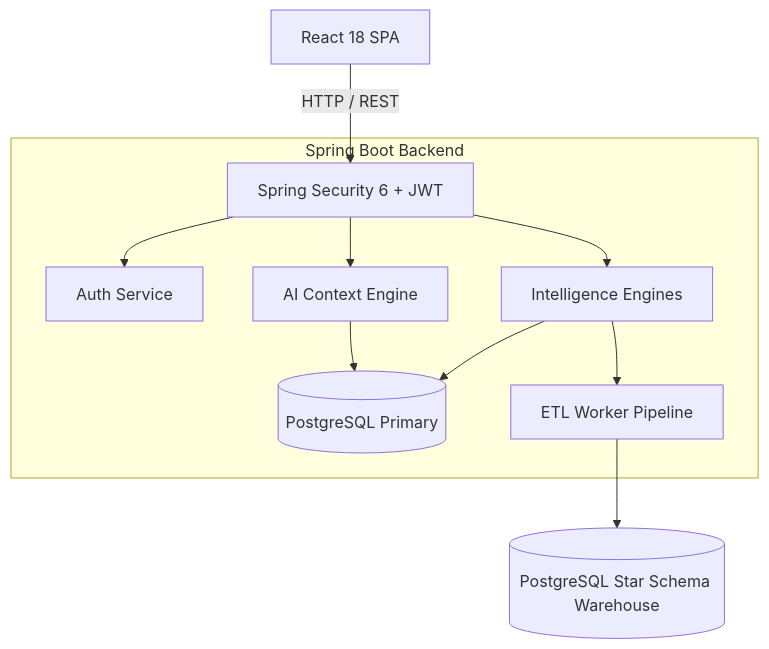
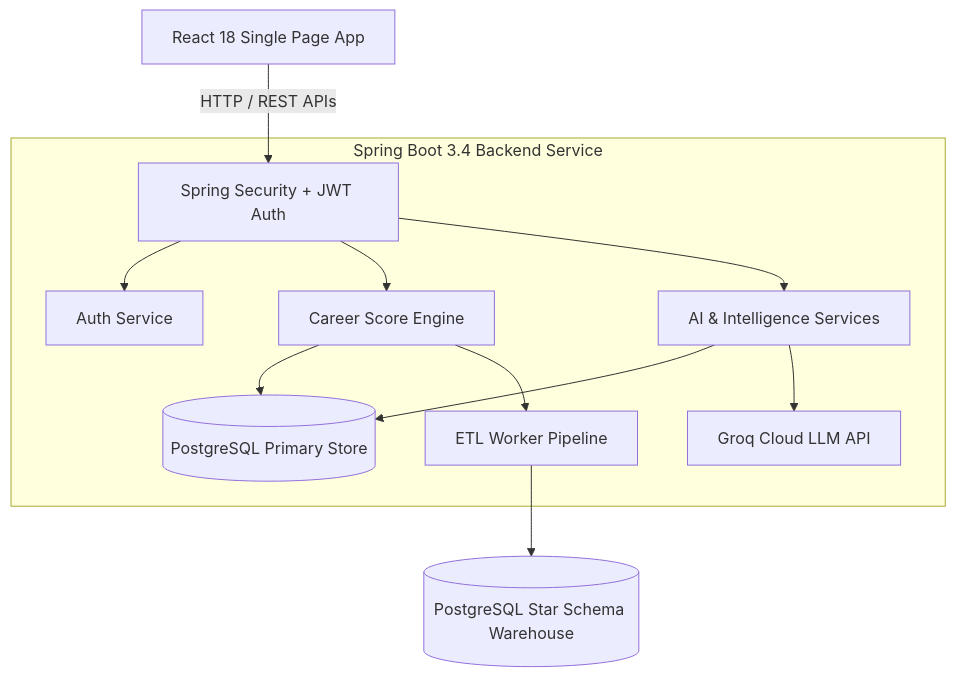
One commit to hindhusharajaram/CareerOS-AI changed the first of 2 diagrams in README.md. Above: the diagram before and after it, drawn with Mermaid. The commit also changed other lines of this file, not shown here.

````diff
--- a/README.md
+++ b/README.md
@@ -94,17 +98,18 @@
 ```mermaid
 graph TD
-    Client[React 18 SPA] -->|HTTP / REST| Security[Spring Security 6 + JWT]
+    Client[React 18 Single Page App] -->|HTTP / REST APIs| Security[Spring Security + JWT Auth]
 
-    subgraph Spring Boot Backend
+    subgraph Spring Boot 3.4 Backend Service
         Security --> Auth[Auth Service]
-        Security --> Intell[Intelligence Engines]
-        Security --> AI[AI Context Engine]
-
-        Intell --> CoreDB[(PostgreSQL Primary)]
+        Security --> Scoring[Career Score Engine]
+        Security --> AI[AI & Intelligence Services]
+        
+        Scoring --> CoreDB[(PostgreSQL Primary Store)]
         AI --> CoreDB
-
-        Intell --> ETL[ETL Worker Pipeline]
+        AI --> Groq[Groq Cloud LLM API]
+        
+        Scoring --> ETL[ETL Worker Pipeline]
     end
 
     ETL --> DW[(PostgreSQL Star Schema Warehouse)]
 ```
````
